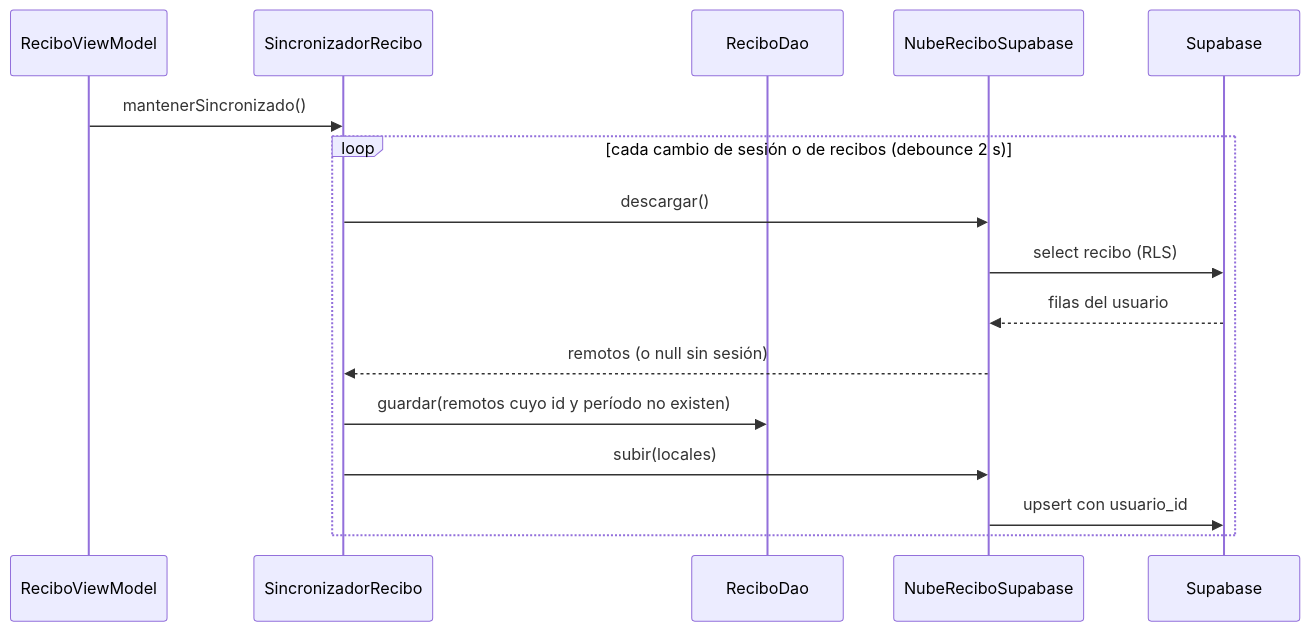
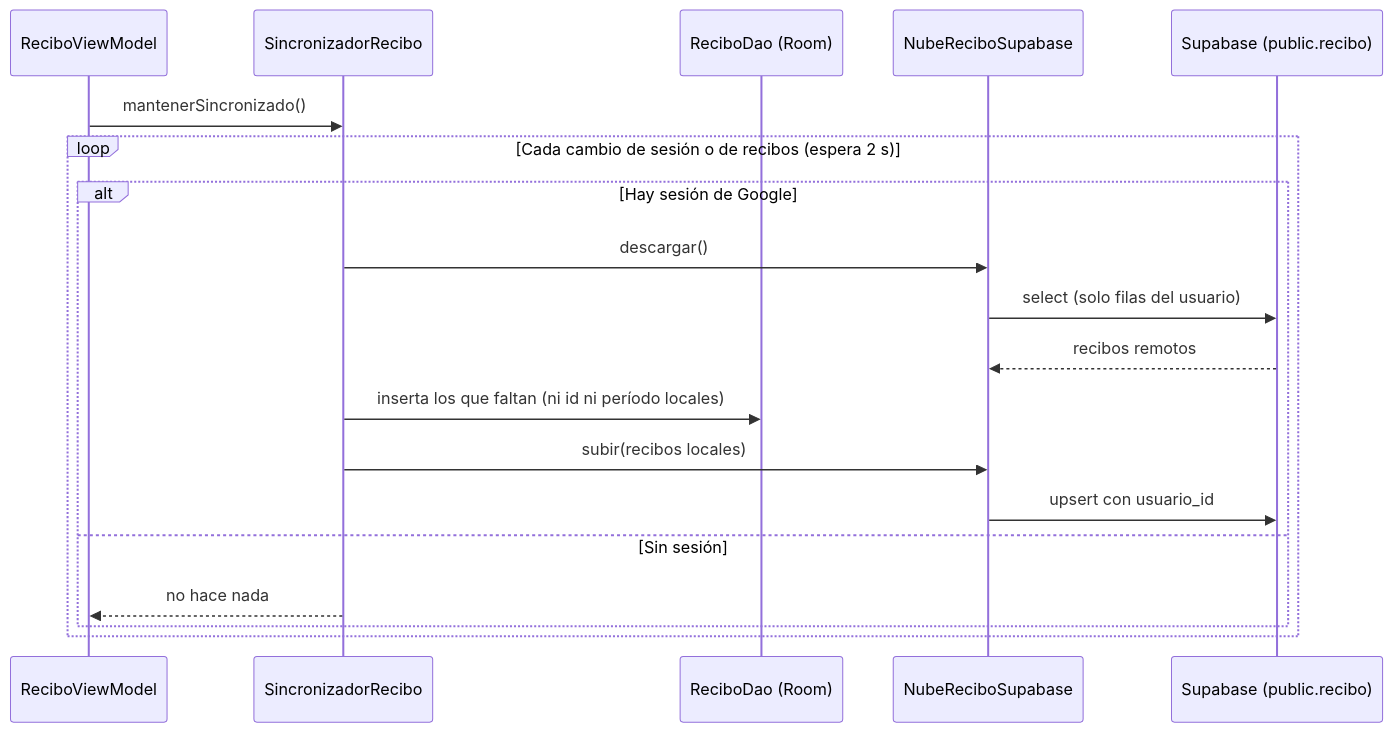
One commit to IkerASierraR/pruebas_antitodo changed the sixth of 10 diagrams in informacionRecibo.md. Above: the diagram before and after it, drawn with Mermaid. The commit also changed other lines of this file, not shown here.

````diff
--- a/informacionRecibo.md
+++ b/informacionRecibo.md
@@ -467,19 +553,22 @@
 ```mermaid
 sequenceDiagram
     participant RVM as ReciboViewModel
     participant S as SincronizadorRecibo
-    participant DAO as ReciboDao
+    participant DAO as ReciboDao (Room)
     participant N as NubeReciboSupabase
-    participant SUP as Supabase
+    participant SUP as Supabase (public.recibo)
 
     RVM->>S: mantenerSincronizado()
-    loop cada cambio de sesión o de recibos (debounce 2 s)
-        S->>N: descargar()
-        N->>SUP: select recibo (RLS)
-        SUP-->>N: filas del usuario
-        N-->>S: remotos (o null sin sesión)
-        S->>DAO: guardar(remotos cuyo id y período no existen)
-        S->>N: subir(locales)
-        N->>SUP: upsert con usuario_id
+    loop Cada cambio de sesión o de recibos (espera 2 s)
+        alt Hay sesión de Google
+            S->>N: descargar()
+            N->>SUP: select (solo filas del usuario)
+            SUP-->>N: recibos remotos
+            S->>DAO: inserta los que faltan (ni id ni período locales)
+            S->>N: subir(recibos locales)
+            N->>SUP: upsert con usuario_id
+        else Sin sesión
+            S-->>RVM: no hace nada
+        end
     end
 ```
````
